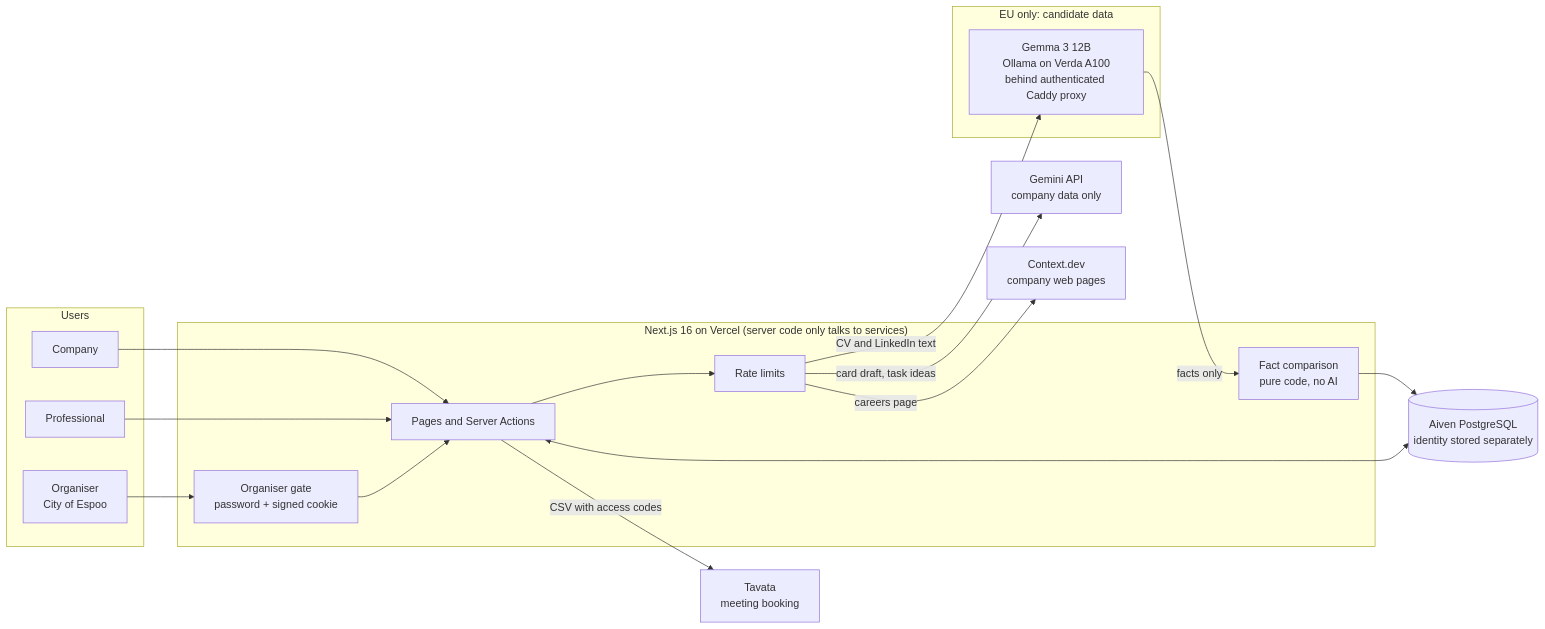
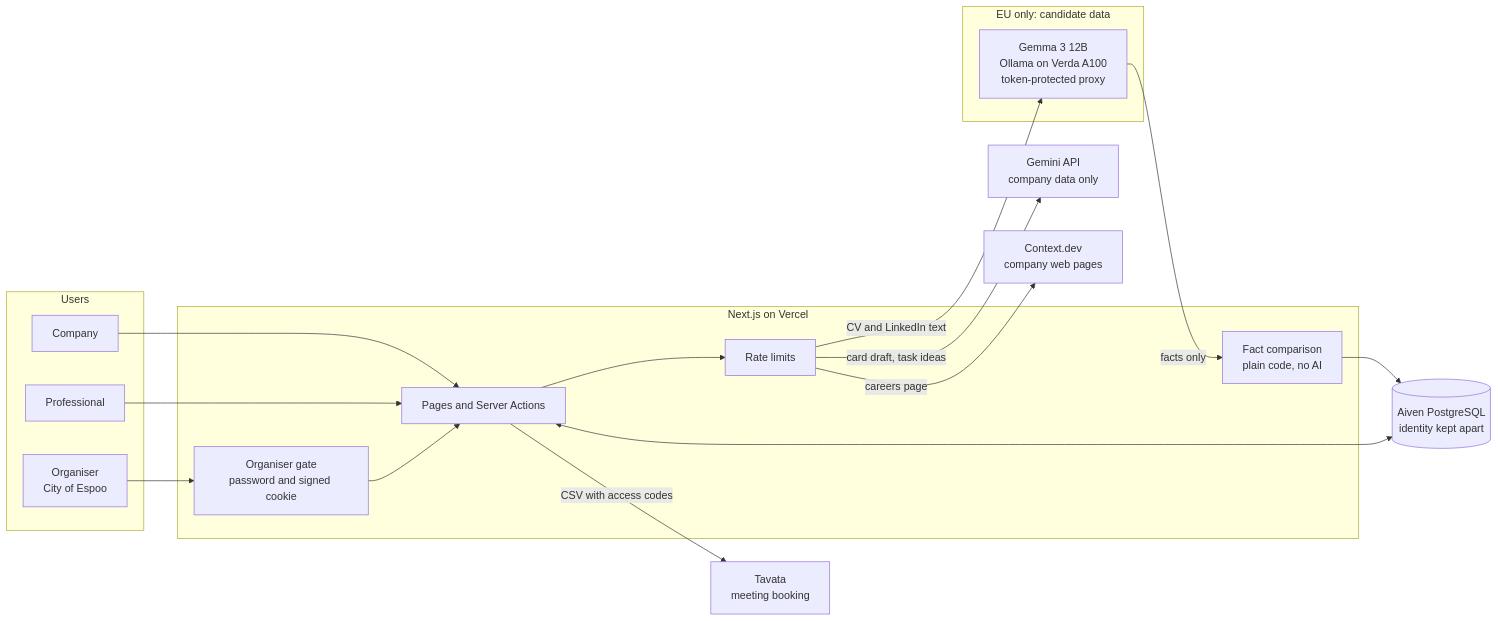
Before and after one commit to kassxxv/junction-2026-lafa: the first of 3 diagrams in README.md, drawn with Mermaid. The commit also changed other lines of this file, not shown here.

````diff
--- a/README.md
+++ b/README.md
@@ -81,36 +115,36 @@
 ```mermaid
 flowchart LR
   subgraph Users
     C[Company]
     P[Professional]
     O[Organiser<br/>City of Espoo]
   end
 
-  subgraph Vercel["Next.js 16 on Vercel (server code only talks to services)"]
+  subgraph App["Next.js on Vercel"]
     UI[Pages and Server Actions]
-    GATE[Organiser gate<br/>password + signed cookie]
+    GATE[Organiser gate<br/>password and signed cookie]
     RL[Rate limits]
-    FACTS[Fact comparison<br/>pure code, no AI]
+    FACTS[Fact comparison<br/>plain code, no AI]
   end
 
   subgraph EU["EU only: candidate data"]
-    GEMMA[Gemma 3 12B<br/>Ollama on Verda A100<br/>behind authenticated Caddy proxy]
+    GEMMA[Gemma 3 12B<br/>Ollama on Verda A100<br/>token-protected proxy]
   end
 
   GEMINI[Gemini API<br/>company data only]
   CTX[Context.dev<br/>company web pages]
-  DB[(Aiven PostgreSQL<br/>identity stored separately)]
+  DB[(Aiven PostgreSQL<br/>identity kept apart)]
   TAVATA[Tavata<br/>meeting booking]
 
   C --> UI
   P --> UI
   O --> GATE --> UI
   UI --> RL
   RL -->|card draft, task ideas| GEMINI
   RL -->|careers page| CTX
   RL -->|CV and LinkedIn text| GEMMA
   GEMMA -->|facts only| FACTS
   FACTS --> DB
   UI <--> DB
   UI -->|CSV with access codes| TAVATA
 ```
````
